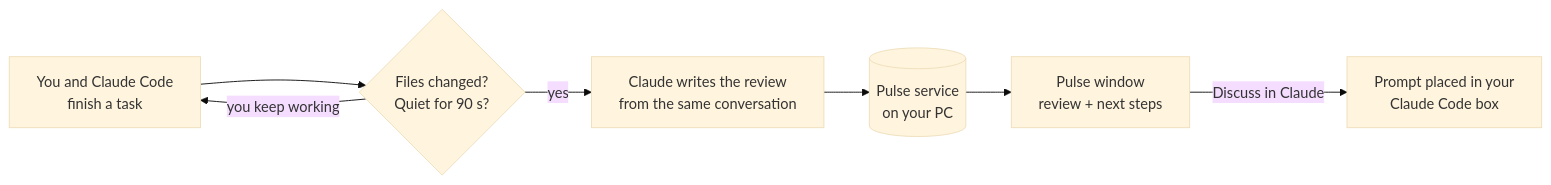
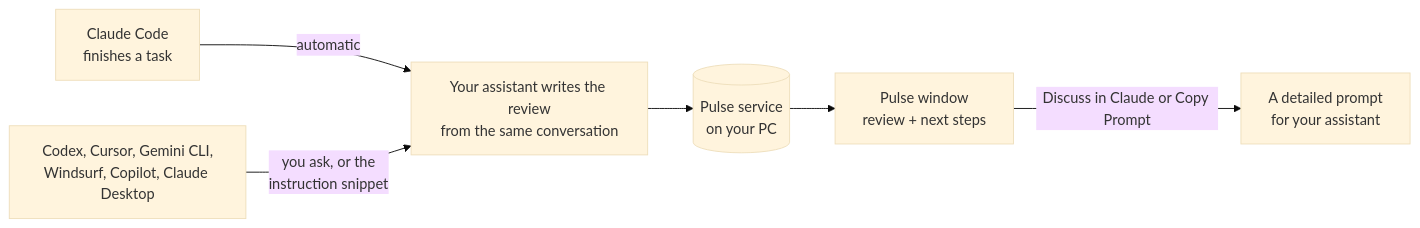
One commit to Leromem/project-pulse changed the diagram in README.md. Above: the diagram before and after it, drawn with Mermaid (base theme). The commit also changed other lines of this file, not shown here.

First line of the commit message:
README: present Pulse as multi-tool, not Claude Code only

````diff
--- a/README.md
+++ b/README.md
@@ -64,9 +66,8 @@
 ```mermaid
 flowchart LR
-    A[You and Claude Code<br/>finish a task] --> B{Files changed?<br/>Quiet for 90 s?}
-    B -- yes --> C[Claude writes the review<br/>from the same conversation]
-    B -- you keep working --> A
+    A[Claude Code<br/>finishes a task] -->|"automatic"| C[Your assistant writes the review<br/>from the same conversation]
+    B["Codex, Cursor, Gemini CLI,<br/>Windsurf, Copilot, Claude Desktop"] -->|"you ask, or the<br/>instruction snippet"| C
     C --> D[(Pulse service<br/>on your PC)]
     D --> E[Pulse window<br/>review + next steps]
-    E -- Discuss in Claude --> F[Prompt placed in your<br/>Claude Code box]
+    E -->|"Discuss in Claude or Copy Prompt"| F[A detailed prompt<br/>for your assistant]
 ```
````
